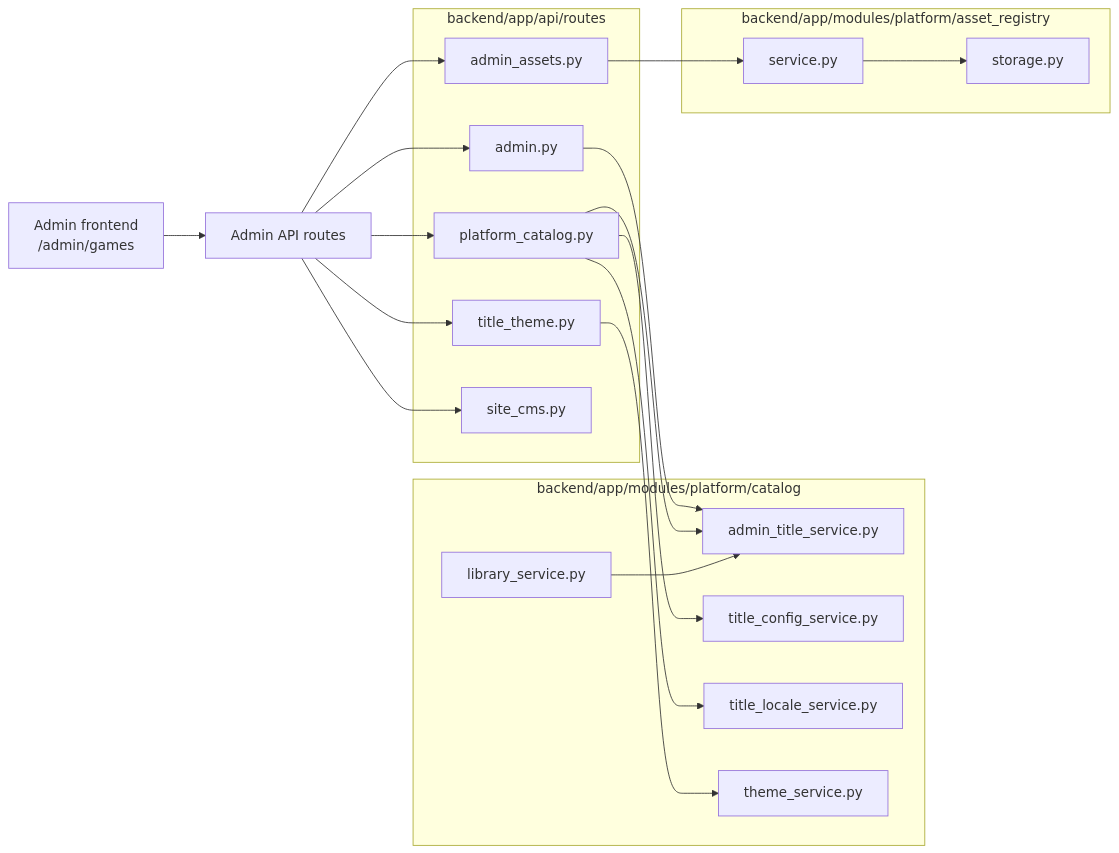
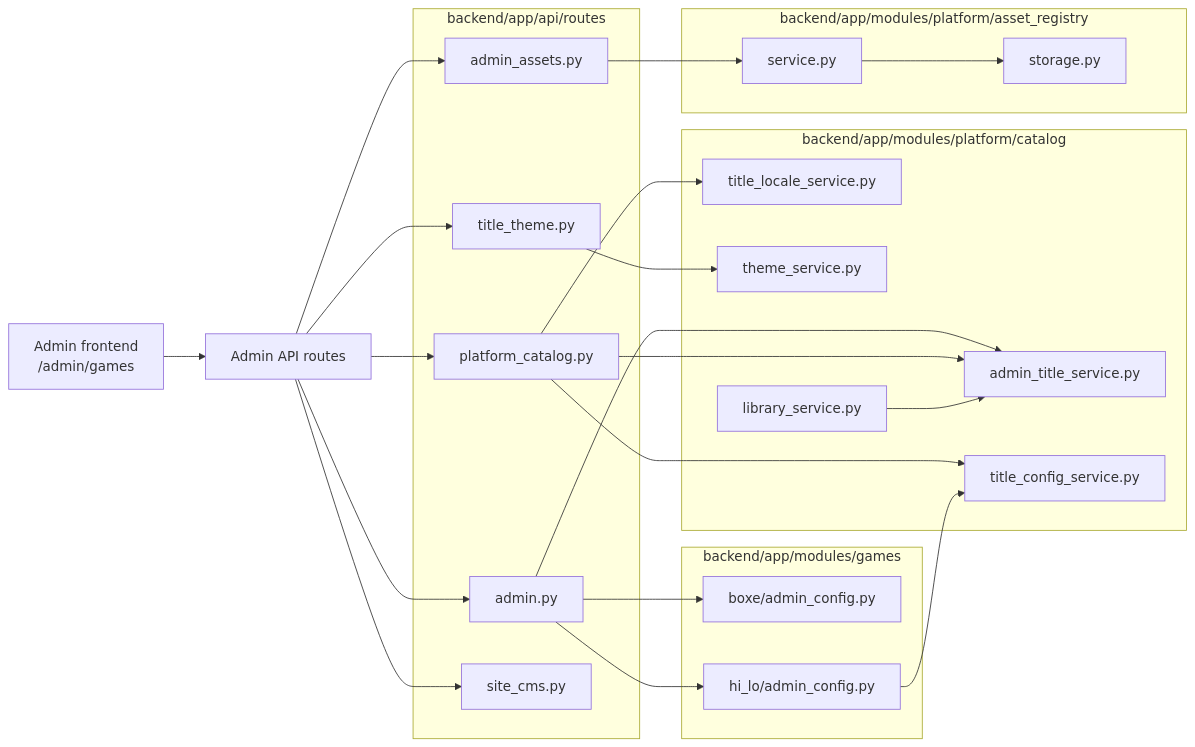
One commit to moromike/casinoking-platform changed the sixth of 11 diagrams in docs/CODE_ARCHITECTURE_MERMAID_MAP_2026-05-22.md. Above: the diagram before and after it, drawn with Mermaid. The commit also changed other lines of this file and 17 other files, not shown here.

````diff
--- a/docs/CODE_ARCHITECTURE_MERMAID_MAP_2026-05-22.md
+++ b/docs/CODE_ARCHITECTURE_MERMAID_MAP_2026-05-22.md
@@ -339,40 +353,48 @@
 ```mermaid
 flowchart LR
   AdminFE["Admin frontend<br/>/admin/games"] --> AdminAPI["Admin API routes"]
 
   subgraph Routes["backend/app/api/routes"]
     AdminRoutes["admin.py"]
     AdminAssets["admin_assets.py"]
     CatalogRoutes["platform_catalog.py"]
     ThemeRoutes["title_theme.py"]
     SiteCMSRoutes["site_cms.py"]
   end
 
   subgraph CatalogServices["backend/app/modules/platform/catalog"]
     AdminTitle["admin_title_service.py"]
     TitleConfig["title_config_service.py"]
     TitleLocale["title_locale_service.py"]
     ThemeService["theme_service.py"]
     Library["library_service.py"]
   end
 
+  subgraph GameAdminConfig["backend/app/modules/games"]
+    BoxeAdminConfig["boxe/admin_config.py"]
+    HiLoAdminConfig["hi_lo/admin_config.py"]
+  end
+
   subgraph AssetServices["backend/app/modules/platform/asset_registry"]
     AssetService["service.py"]
     AssetStorage["storage.py"]
   end
 
   AdminAPI --> AdminRoutes
   AdminAPI --> AdminAssets
   AdminAPI --> CatalogRoutes
   AdminAPI --> ThemeRoutes
   AdminAPI --> SiteCMSRoutes
 
   AdminRoutes --> AdminTitle
+  AdminRoutes --> BoxeAdminConfig
+  AdminRoutes --> HiLoAdminConfig
   CatalogRoutes --> AdminTitle
   CatalogRoutes --> TitleConfig
   CatalogRoutes --> TitleLocale
   ThemeRoutes --> ThemeService
   AdminAssets --> AssetService
   AssetService --> AssetStorage
   Library --> AdminTitle
+  HiLoAdminConfig --> TitleConfig
 ```
````
